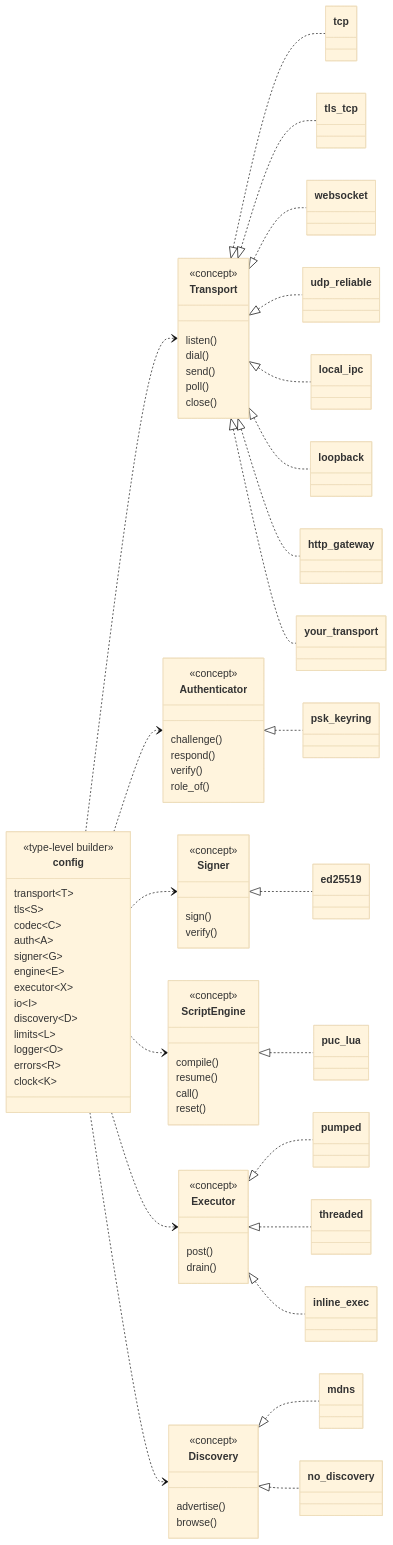
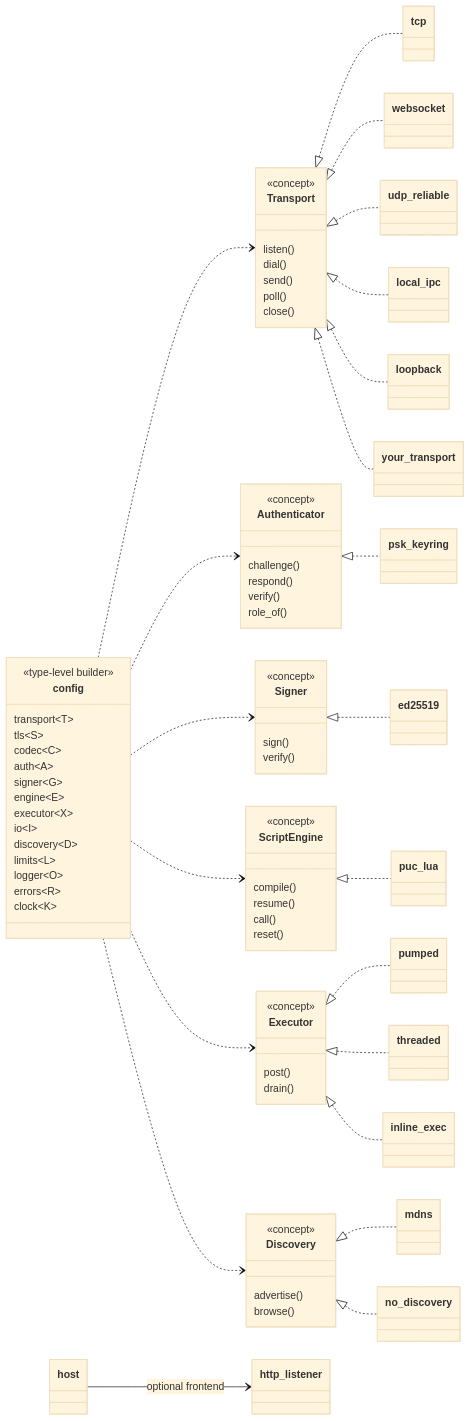
The third of 14 diagrams in Docs/ARCHITECTURE.md (tonytranrp/RHP), drawn with Mermaid (base theme) before and after one commit. The commit also changed other lines of this file and 10 other files, not shown here.

````diff
--- a/Docs/ARCHITECTURE.md
+++ b/Docs/ARCHITECTURE.md
@@ -116,79 +118,78 @@
 ```mermaid
 classDiagram
     direction LR
     class config {
         <<type-level builder>>
         transport~T~
         tls~S~
         codec~C~
         auth~A~
         signer~G~
         engine~E~
         executor~X~
         io~I~
         discovery~D~
         limits~L~
         logger~O~
         errors~R~
         clock~K~
     }
     class Transport {
         <<concept>>
         listen()
         dial()
         send()
         poll()
         close()
     }
     class Authenticator {
         <<concept>>
         challenge()
         respond()
         verify()
         role_of()
     }
     class Signer {
         <<concept>>
         sign()
         verify()
     }
     class ScriptEngine {
         <<concept>>
         compile()
         resume()
         call()
         reset()
     }
     class Executor {
         <<concept>>
         post()
         drain()
     }
     class Discovery {
         <<concept>>
         advertise()
         browse()
     }
     config ..> Transport
     config ..> Authenticator
     config ..> Signer
     config ..> ScriptEngine
     config ..> Executor
     config ..> Discovery
     Transport <|.. tcp
-    Transport <|.. tls_tcp
     Transport <|.. websocket
     Transport <|.. udp_reliable
     Transport <|.. local_ipc
     Transport <|.. loopback
-    Transport <|.. http_gateway
+    host --> http_listener : optional frontend
     Transport <|.. your_transport
     Authenticator <|.. psk_keyring
     Signer <|.. ed25519
     ScriptEngine <|.. puc_lua
     Executor <|.. pumped
     Executor <|.. threaded
     Executor <|.. inline_exec
     Discovery <|.. mdns
     Discovery <|.. no_discovery
 ```
````
